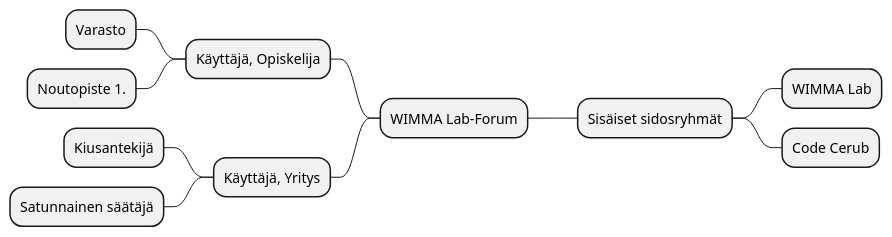
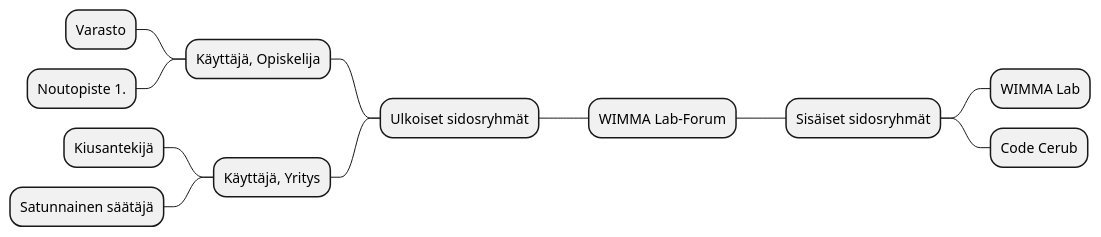
One commit to ninaleo/S2021-AB5160-core changed the first of 6 diagrams in dokumentit/20-Vaatimustenhallinta/vaatimusmaaritely-tiivis.md. Above: the diagram before and after it, drawn with PlantUML.

````diff
--- a/dokumentit/20-Vaatimustenhallinta/vaatimusmaaritely-tiivis.md
+++ b/dokumentit/20-Vaatimustenhallinta/vaatimusmaaritely-tiivis.md
@@ -41,14 +41,15 @@
 ```plantuml
 @startmindmap
 + WIMMA Lab-Forum
 ++ Sisäiset sidosryhmät
 +++ WIMMA Lab
 +++ Code Cerub
--- Käyttäjä, Opiskelija
---- Varasto
---- Noutopiste 1.
--- Käyttäjä, Yritys
---- Kiusantekijä
---- Satunnainen säätäjä
+-- Ulkoiset sidosryhmät
+--- Käyttäjä, Opiskelija
+---- Varasto
+---- Noutopiste 1.
+--- Käyttäjä, Yritys
+---- Kiusantekijä
+---- Satunnainen säätäjä
 @endmindmap
 ```
````
